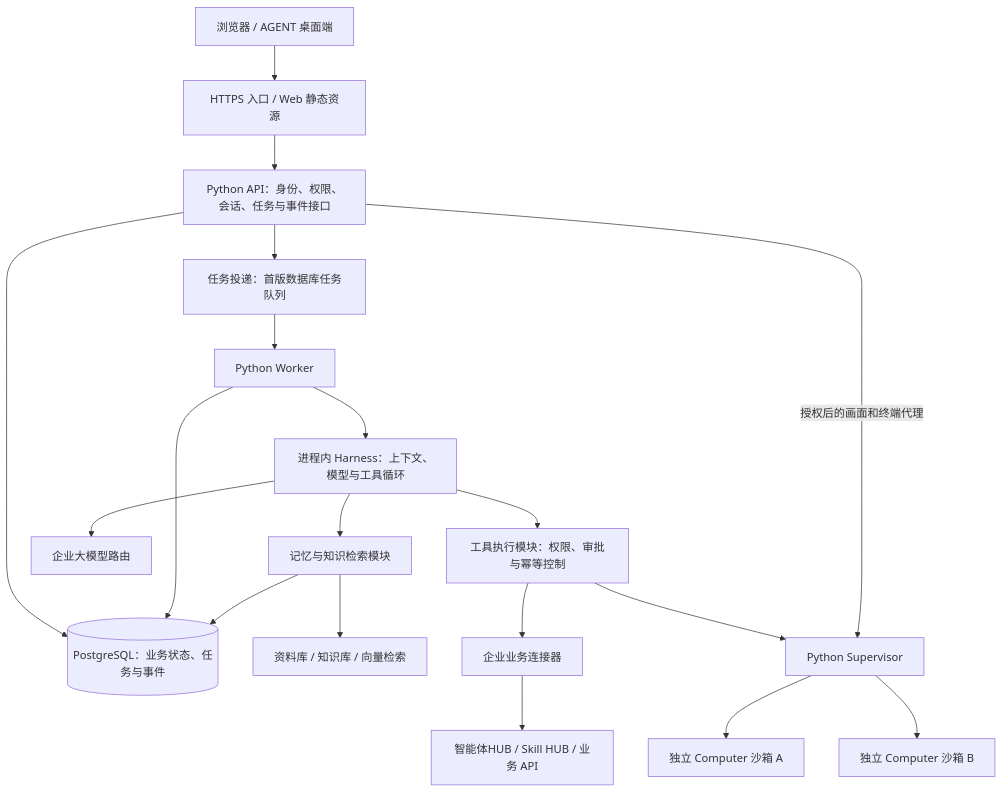
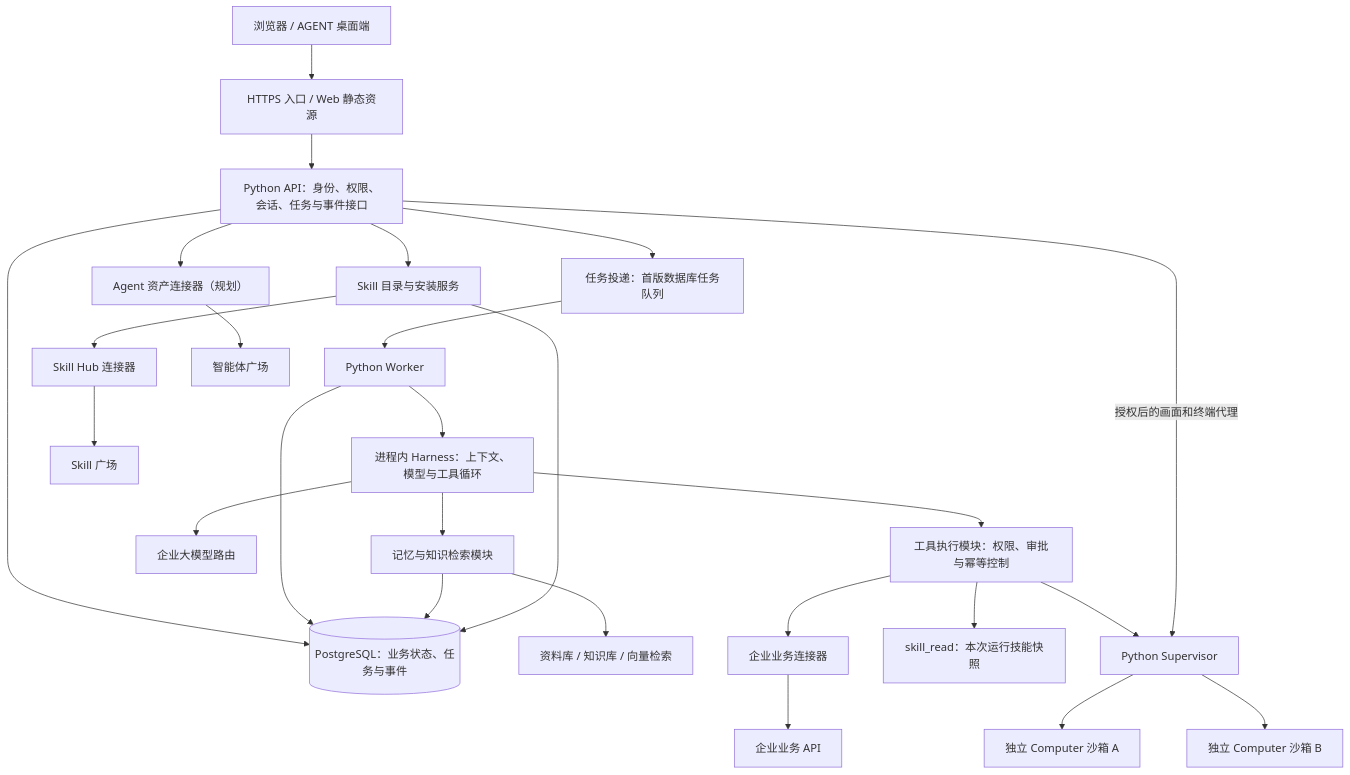
The second of 5 diagrams in docs/architecture.md (bundigit9527/AgentForge), drawn with Mermaid before and after one commit. The commit also changed other lines of this file and 50 other files, not shown here.

Commit message:
feat: add versioned tools and installable skills

````diff
--- a/docs/architecture.md
+++ b/docs/architecture.md
@@ -45,21 +47,26 @@
 ```mermaid
 flowchart TB
     CLIENT["浏览器 / AGENT 桌面端"] --> EDGE["HTTPS 入口 / Web 静态资源"]
     EDGE --> API["Python API：身份、权限、会话、任务与事件接口"]
     API --> PG[("PostgreSQL：业务状态、任务与事件")]
     API --> QUEUE["任务投递：首版数据库任务队列"]
     QUEUE --> WORKER["Python Worker"]
     WORKER --> HARNESS["进程内 Harness：上下文、模型与工具循环"]
     WORKER --> PG
     HARNESS --> MEMORY["记忆与知识检索模块"]
     MEMORY --> PG
     MEMORY --> KNOWLEDGE["资料库 / 知识库 / 向量检索"]
     HARNESS --> MODEL["企业大模型路由"]
     HARNESS --> TOOLS["工具执行模块：权限、审批与幂等控制"]
     TOOLS --> CONNECTOR["企业业务连接器"]
-    CONNECTOR --> ASSETS["智能体HUB / Skill HUB / 业务 API"]
+    CONNECTOR --> ASSETS["企业业务 API"]
+    API --> SKILLS["Skill 目录与安装服务"]
+    SKILLS --> HUB["Skill Hub 连接器"] --> HUBSYS["Skill 广场"]
+    SKILLS --> PG
+    API --> AGENTCAT["Agent 资产连接器（规划）"] --> AGENTHUB["智能体广场"]
+    TOOLS --> READSKILL["skill_read：本次运行技能快照"]
     TOOLS --> SUPERVISOR["Python Supervisor"]
     SUPERVISOR --> SB1["独立 Computer 沙箱 A"]
     SUPERVISOR --> SB2["独立 Computer 沙箱 B"]
     API -->|授权后的画面和终端代理| SUPERVISOR
 ```
````
